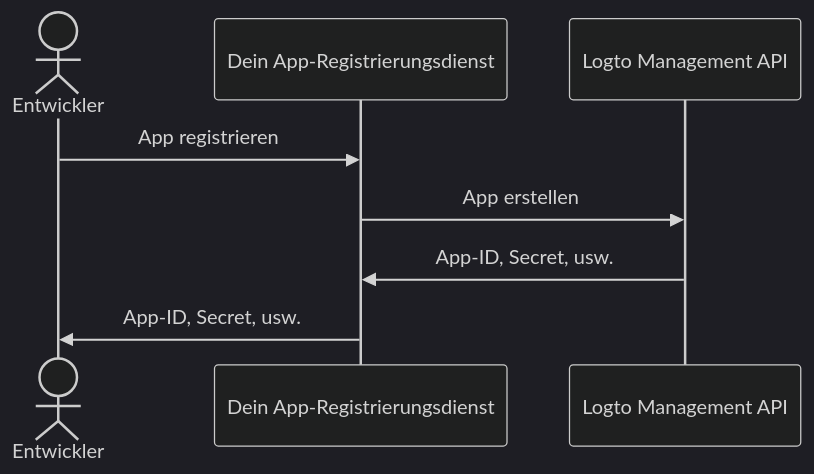
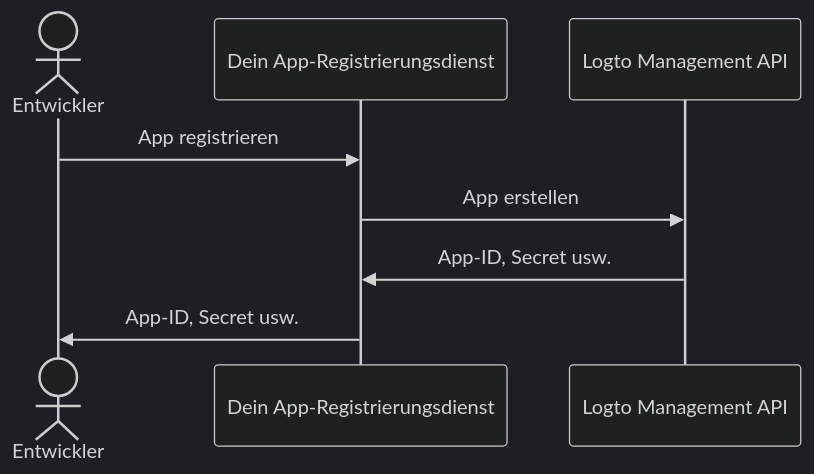
One commit to logto-io/docs changed the first of 2 diagrams in i18n/de/docusaurus-plugin-content-docs/current/use-cases/ai/fragments/_configure-third-party-ai-agent.mdx. Above: the diagram before and after it, drawn with Mermaid (dark theme). The commit also changed other lines of this file and 71 other files, not shown here.

````diff
--- a/i18n/de/docusaurus-plugin-content-docs/current/use-cases/ai/fragments/_configure-third-party-ai-agent.mdx
+++ b/i18n/de/docusaurus-plugin-content-docs/current/use-cases/ai/fragments/_configure-third-party-ai-agent.mdx
@@ -19,10 +25,10 @@
 ```mermaid
 sequenceDiagram
-  actor Entwickler
+  actor Developer as Entwickler
   participant Server as Dein App-Registrierungsdienst
   participant Logto as Logto Management API
-  Entwickler->>Server: App registrieren
+  Developer->>Server: App registrieren
   Server->>Logto: App erstellen
-  Logto->>Server: App-ID, Secret, usw.
-  Server->>Entwickler: App-ID, Secret, usw.
+  Logto->>Server: App-ID, Secret usw.
+  Server->>Developer: App-ID, Secret usw.
 ```
````
